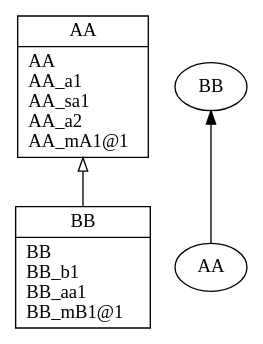
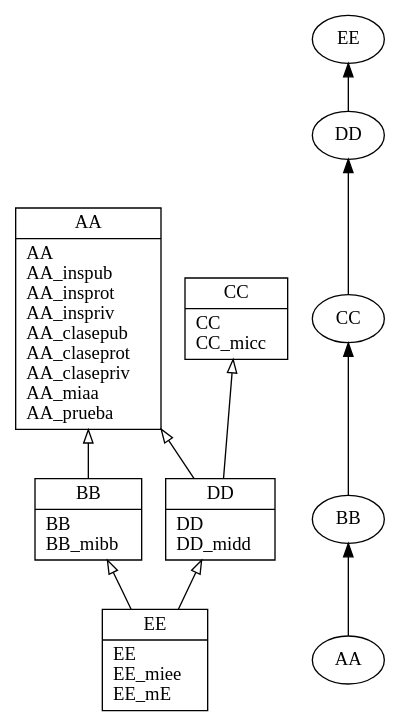
Before and after one commit to rriol97/PAUTLEN: the diagram in OO/tsc.dot, drawn with Graphviz. The commit also changed 5 other files, not shown here.

```diff
--- a/OO/tsc.dot
+++ b/OO/tsc.dot
@@ -1,11 +1,24 @@
 digraph grafo_clases  { rankdir=BT;
 edge [arrowhead = empty]
-AA [label="{AA|AA\lAA_a1\lAA_sa1\lAA_a2\lAA_mA1@1\l}"][shape=record];
-BB [label="{BB|BB\lBB_b1\lBB_aa1\lBB_mB1@1\l}"][shape=record];
+AA [label="{AA|AA\lAA_inspub\lAA_insprot\lAA_inspriv\lAA_clasepub\lAA_claseprot\lAA_clasepriv\lAA_miaa\lAA_prueba\l}"][shape=record];
+BB [label="{BB|BB\lBB_mibb\l}"][shape=record];
+CC [label="{CC|CC\lCC_micc\l}"][shape=record];
+DD [label="{DD|DD\lDD_midd\l}"][shape=record];
+EE [label="{EE|EE\lEE_miee\lEE_mE\l}"][shape=record];
 BB -> AA ;
+DD -> CC ;
+DD -> AA ;
+EE -> DD ;
+EE -> BB ;
 edge [arrowhead = normal]
 AAN0 [label="AA"][shape=oval];
 BBN1 [label="BB"][shape=oval];
+CCN2 [label="CC"][shape=oval];
+DDN3 [label="DD"][shape=oval];
+EEN4 [label="EE"][shape=oval];
 AAN0 -> BBN1 ;
+BBN1 -> CCN2 ;
+CCN2 -> DDN3 ;
+DDN3 -> EEN4 ;
 
 }
```
